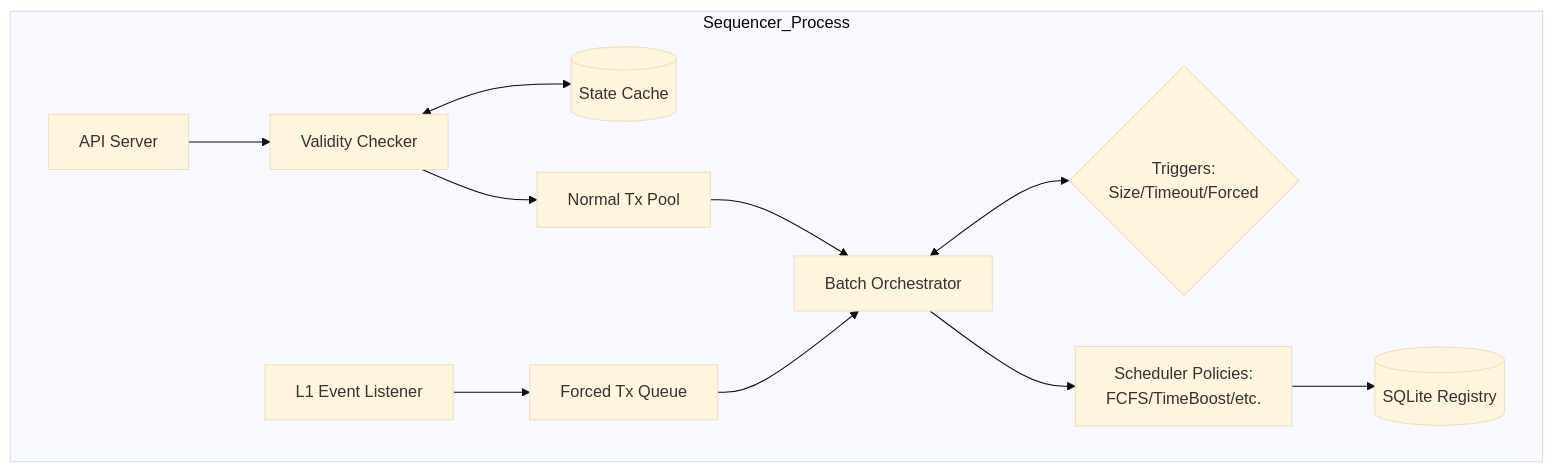
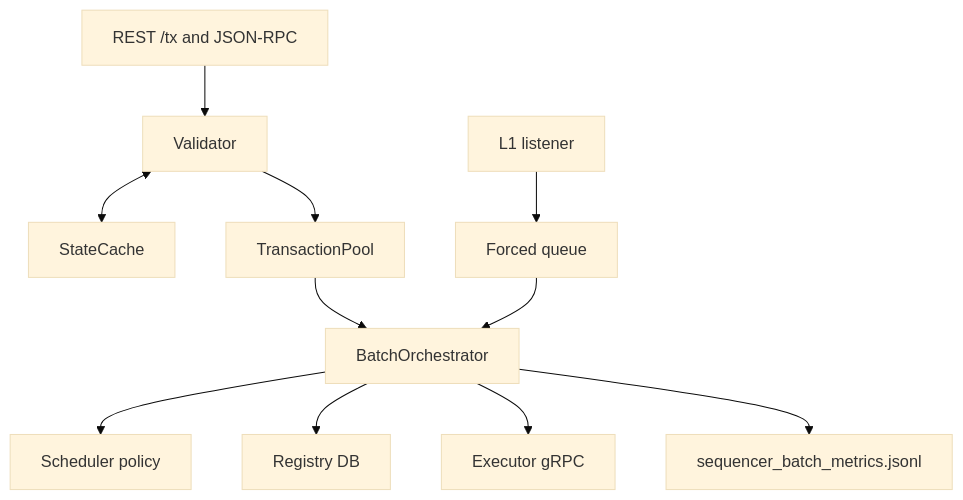
Before and after one commit to RollupX-FYP/rollupx-full-zk-rollup: the diagram in docs/sequencer.md, drawn with Mermaid (base theme). The commit also changed other lines of this file and 8 other files, not shown here.

````diff
--- a/docs/sequencer.md
+++ b/docs/sequencer.md
@@ -20,17 +7,13 @@
 ```mermaid
 flowchart TD
-    subgraph Sequencer_Process
-        API[API Server] --> VAL[Validity Checker]
-        VAL <--> CACHE[(State Cache)]
-        VAL --> NORM[Normal Tx Pool]
-        
-        L1[L1 Event Listener] --> FORC[Forced Tx Queue]
-        
-        NORM --> ORCH[Batch Orchestrator]
-        FORC --> ORCH
-        
-        ORCH <--> TRIG{Triggers:\nSize/Timeout/Forced}
-        ORCH --> SCHED[Scheduler Policies:\nFCFS/TimeBoost/etc.]
-        SCHED --> DB[(SQLite Registry)]
-    end
+    API[REST /tx and JSON-RPC] --> VAL[Validator]
+    VAL <--> CACHE[StateCache]
+    VAL --> POOL[TransactionPool]
+    L1[L1 listener] --> FORCED[Forced queue]
+    POOL --> ORCH[BatchOrchestrator]
+    FORCED --> ORCH
+    ORCH --> SCHED[Scheduler policy]
+    ORCH --> REG[Registry DB]
+    ORCH --> EXEC[Executor gRPC]
+    ORCH --> MET[sequencer_batch_metrics.jsonl]
 ```
````
